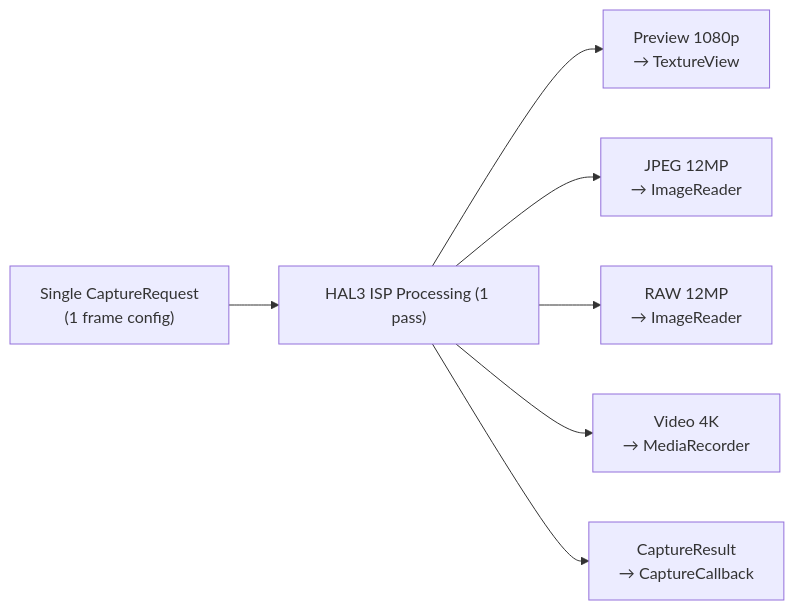
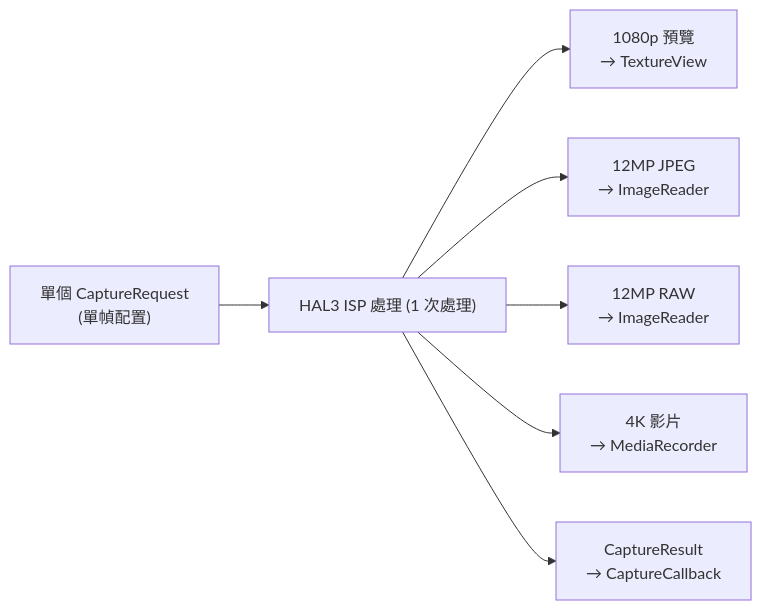
One commit to zoozooll/AndroidCameraParameters changed the third of 4 diagrams in website/i18n/zh-Hant/docusaurus-plugin-content-docs/current/camera2/the-camera2-pipeline.md. Above: the diagram before and after it, drawn with Mermaid. The commit also changed other lines of this file and 378 other files, not shown here.

````diff
--- a/website/i18n/zh-Hant/docusaurus-plugin-content-docs/current/camera2/the-camera2-pipeline.md
+++ b/website/i18n/zh-Hant/docusaurus-plugin-content-docs/current/camera2/the-camera2-pipeline.md
@@ -359,17 +359,17 @@
 ```mermaid
 flowchart LR
-    R["Single CaptureRequest<br/>(1 frame config)"]
-    HAL["HAL3 ISP Processing (1 pass)"]
-    S1["Preview 1080p<br/>→ TextureView"]
-    S2["JPEG 12MP<br/>→ ImageReader"]
-    S3["RAW 12MP<br/>→ ImageReader"]
-    S4["Video 4K<br/>→ MediaRecorder"]
+    R["單個 CaptureRequest<br/>(單幀配置)"]
+    HAL["HAL3 ISP 處理 (1 次處理)"]
+    S1["1080p 預覽<br/>→ TextureView"]
+    S2["12MP JPEG<br/>→ ImageReader"]
+    S3["12MP RAW<br/>→ ImageReader"]
+    S4["4K 影片<br/>→ MediaRecorder"]
     RESULT["CaptureResult<br/>→ CaptureCallback"]
 
     R --> HAL
     HAL --> S1
     HAL --> S2
     HAL --> S3
     HAL --> S4
     HAL --> RESULT
 ```
````
